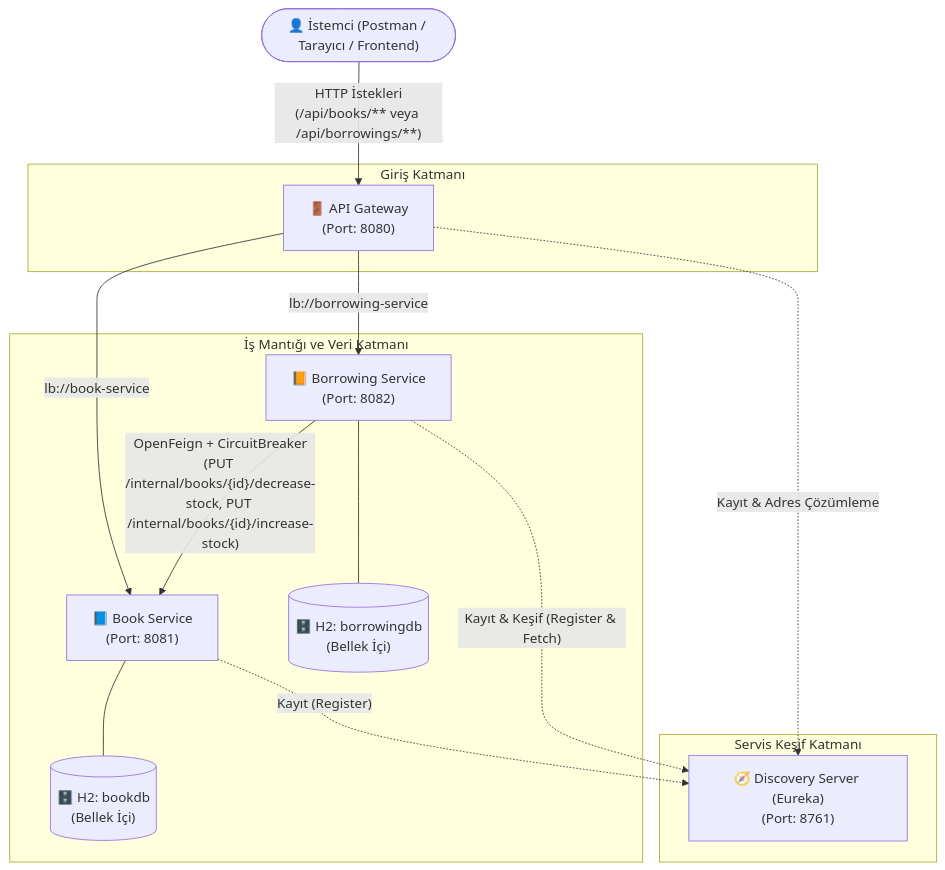
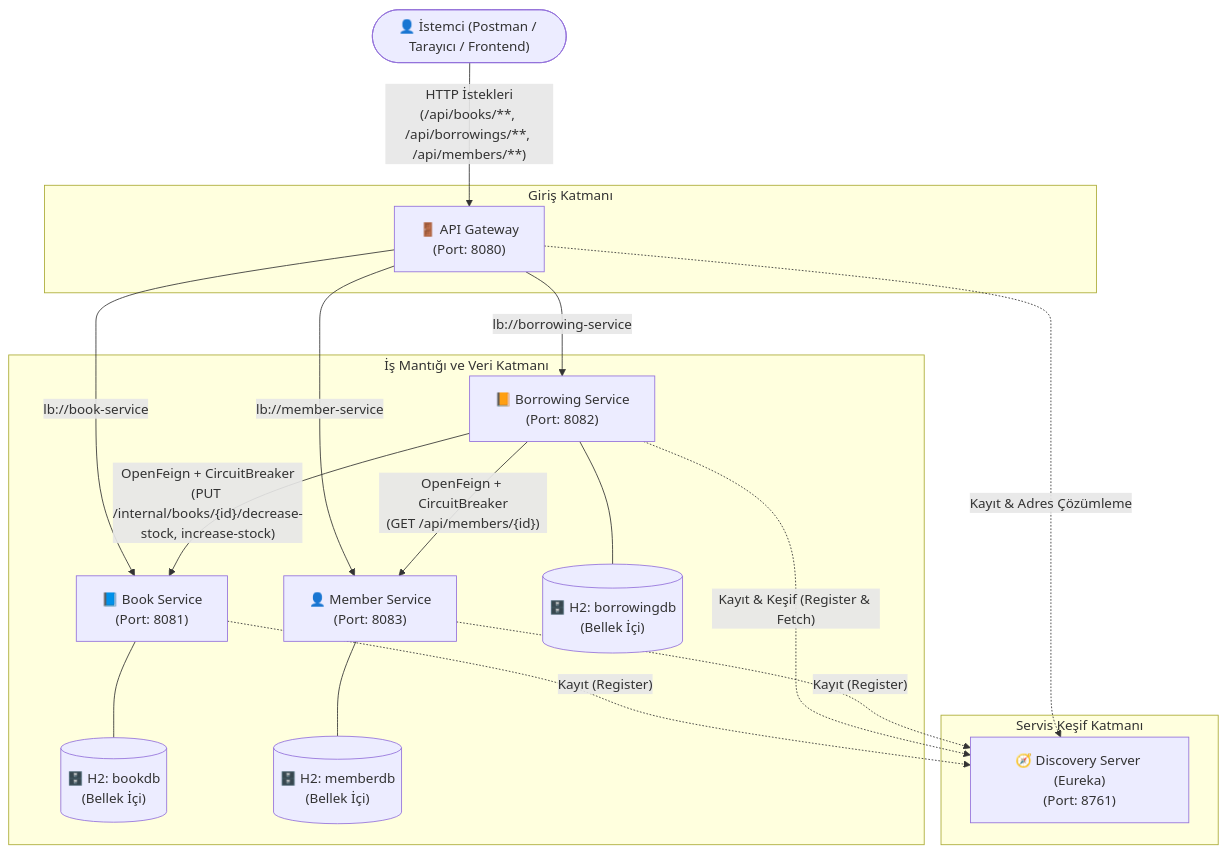
Before and after one commit to eminortaca/kutuphane-mikroservis: the first of 3 diagrams in README.md, drawn with Mermaid. The commit also changed other lines of this file and 50 other files, not shown here.

````diff
--- a/README.md
+++ b/README.md
@@ -39,31 +41,37 @@
 ```mermaid
 flowchart TB
     Client(["👤 İstemci (Postman / Tarayıcı / Frontend)"])
 
     subgraph GatewayLayer ["Giriş Katmanı"]
         GW["🚪 API Gateway\n(Port: 8080)"]
     end
 
     subgraph DiscoveryLayer ["Servis Keşif Katmanı"]
         Eureka["🧭 Discovery Server (Eureka)\n(Port: 8761)"]
     end
 
     subgraph BusinessLayer ["İş Mantığı ve Veri Katmanı"]
         BS["📘 Book Service\n(Port: 8081)"]
         BRS["📙 Borrowing Service\n(Port: 8082)"]
+        MS["👤 Member Service\n(Port: 8083)"]
         BookDB[("🗄️ H2: bookdb\n(Bellek İçi)")]
         BorrowDB[("🗄️ H2: borrowingdb\n(Bellek İçi)")]
+        MemberDB[("🗄️ H2: memberdb\n(Bellek İçi)")]
     end
 
-    Client -->|"HTTP İstekleri\n(/api/books/** veya /api/borrowings/**)"| GW
+    Client -->|"HTTP İstekleri\n(/api/books/**, /api/borrowings/**, /api/members/**)"| GW
     GW -->|"lb://book-service"| BS
     GW -->|"lb://borrowing-service"| BRS
-    BRS -->|"OpenFeign + CircuitBreaker\n(PUT /internal/books/{id}/decrease-stock, PUT /internal/books/{id}/increase-stock)"| BS
+    GW -->|"lb://member-service"| MS
+    BRS -->|"OpenFeign + CircuitBreaker\n(PUT /internal/books/{id}/decrease-stock, increase-stock)"| BS
+    BRS -->|"OpenFeign + CircuitBreaker\n(GET /api/members/{id})"| MS
 
     BS --- BookDB
     BRS --- BorrowDB
+    MS --- MemberDB
 
     GW -.->|"Kayıt & Adres Çözümleme"| Eureka
     BS -.->|"Kayıt (Register)"| Eureka
     BRS -.->|"Kayıt & Keşif (Register & Fetch)"| Eureka
+    MS -.->|"Kayıt (Register)"| Eureka
 ```
````
